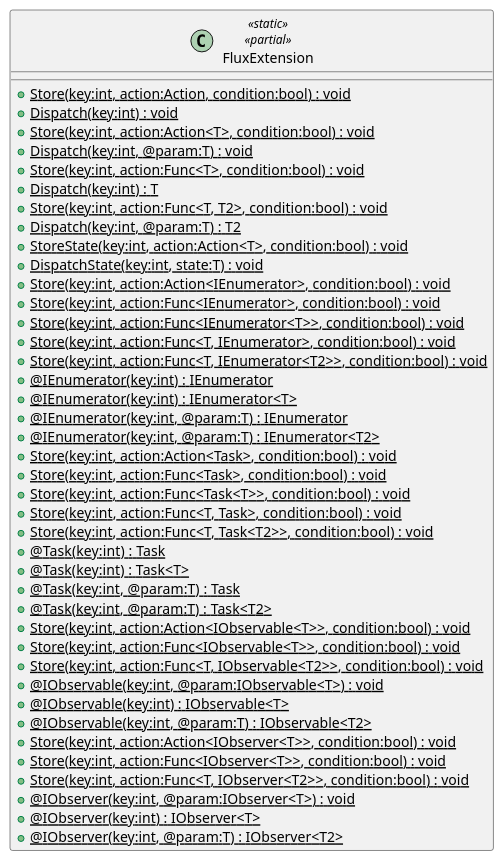
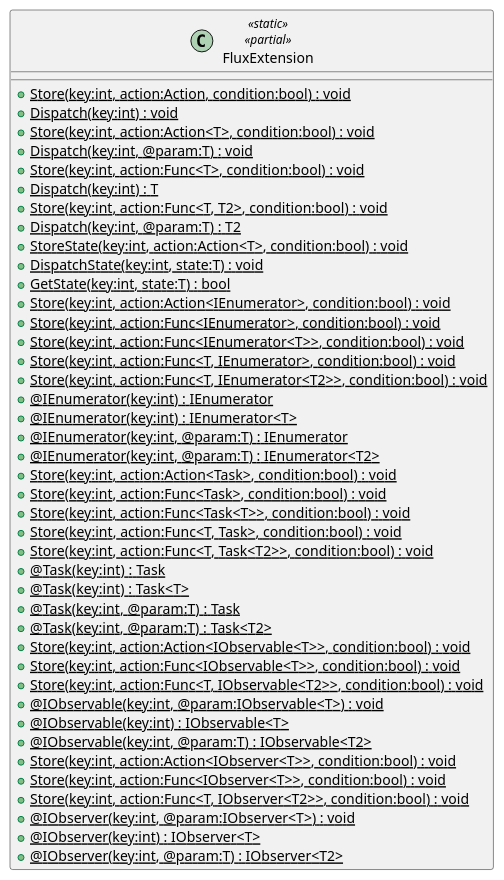
One commit to xavierarpa/UniFlux changed the diagram in UML~/UniFlux.Int.puml. Above: the diagram before and after it, drawn with PlantUML. The commit also changed 9 other files, not shown here.

Commit message:
Generate UML (Generate UML)

```diff
--- a/UML~/UniFlux.Int.puml
+++ b/UML~/UniFlux.Int.puml
@@ -1,60 +1,61 @@
 @startuml
 class FluxExtension <<static>> <<partial>> {
     + {static} Store(key:int, action:Action, condition:bool) : void
     + {static} Dispatch(key:int) : void
 }
 class FluxExtension <<static>> <<partial>> {
     + {static} Store(key:int, action:Action<T>, condition:bool) : void
     + {static} Dispatch(key:int, @param:T) : void
 }
 class FluxExtension <<static>> <<partial>> {
     + {static} Store(key:int, action:Func<T>, condition:bool) : void
     + {static} Dispatch(key:int) : T
 }
 class FluxExtension <<static>> <<partial>> {
     + {static} Store(key:int, action:Func<T, T2>, condition:bool) : void
     + {static} Dispatch(key:int, @param:T) : T2
 }
 class FluxExtension <<static>> <<partial>> {
     + {static} StoreState(key:int, action:Action<T>, condition:bool) : void
     + {static} DispatchState(key:int, state:T) : void
+    + {static} GetState(key:int, state:T) : bool
 }
 class FluxExtension <<static>> <<partial>> {
     + {static} Store(key:int, action:Action<IEnumerator>, condition:bool) : void
     + {static} Store(key:int, action:Func<IEnumerator>, condition:bool) : void
     + {static} Store(key:int, action:Func<IEnumerator<T>>, condition:bool) : void
     + {static} Store(key:int, action:Func<T, IEnumerator>, condition:bool) : void
     + {static} Store(key:int, action:Func<T, IEnumerator<T2>>, condition:bool) : void
     + {static} @IEnumerator(key:int) : IEnumerator
     + {static} @IEnumerator(key:int) : IEnumerator<T>
     + {static} @IEnumerator(key:int, @param:T) : IEnumerator
     + {static} @IEnumerator(key:int, @param:T) : IEnumerator<T2>
 }
 class FluxExtension <<static>> <<partial>> {
     + {static} Store(key:int, action:Action<Task>, condition:bool) : void
     + {static} Store(key:int, action:Func<Task>, condition:bool) : void
     + {static} Store(key:int, action:Func<Task<T>>, condition:bool) : void
     + {static} Store(key:int, action:Func<T, Task>, condition:bool) : void
     + {static} Store(key:int, action:Func<T, Task<T2>>, condition:bool) : void
     + {static} @Task(key:int) : Task
     + {static} @Task(key:int) : Task<T>
     + {static} @Task(key:int, @param:T) : Task
     + {static} @Task(key:int, @param:T) : Task<T2>
 }
 class FluxExtension <<static>> <<partial>> {
     + {static} Store(key:int, action:Action<IObservable<T>>, condition:bool) : void
     + {static} Store(key:int, action:Func<IObservable<T>>, condition:bool) : void
     + {static} Store(key:int, action:Func<T, IObservable<T2>>, condition:bool) : void
     + {static} @IObservable(key:int, @param:IObservable<T>) : void
     + {static} @IObservable(key:int) : IObservable<T>
     + {static} @IObservable(key:int, @param:T) : IObservable<T2>
 }
 class FluxExtension <<static>> <<partial>> {
     + {static} Store(key:int, action:Action<IObserver<T>>, condition:bool) : void
     + {static} Store(key:int, action:Func<IObserver<T>>, condition:bool) : void
     + {static} Store(key:int, action:Func<T, IObserver<T2>>, condition:bool) : void
     + {static} @IObserver(key:int, @param:IObserver<T>) : void
     + {static} @IObserver(key:int) : IObserver<T>
     + {static} @IObserver(key:int, @param:T) : IObserver<T2>
 }
 @enduml
```
